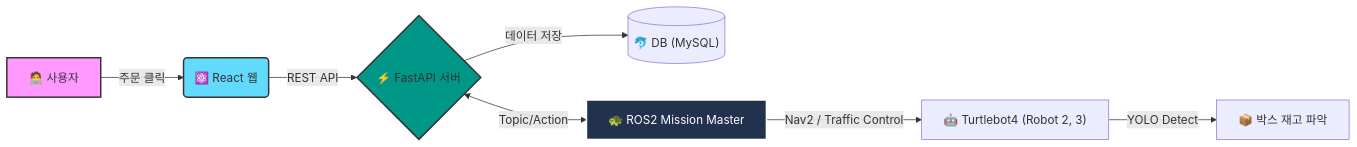
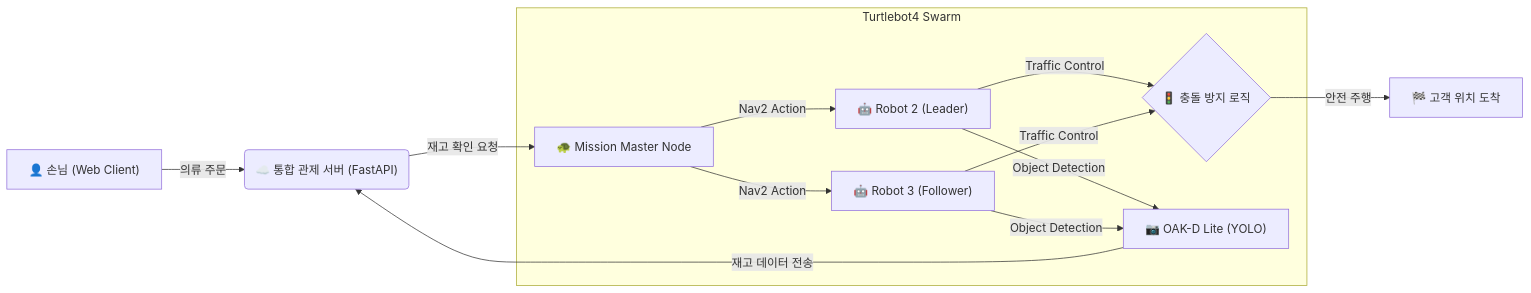
One commit to jejun515/Picker_project changed the diagram in README.md. Above: the diagram before and after it, drawn with Mermaid. The commit also changed other lines of this file, not shown here.

Commit message:
Revise README for Smart Clothing Store System
Updated project title and description to reflect a new focus on an autonomous serving system for a smart clothing store. Revised service scenario and system architecture sections to align with the new project theme.

````diff
--- a/README.md
+++ b/README.md
@@ -20,14 +29,15 @@
 ```mermaid
 graph LR
-    A["🧑‍💻 사용자"] -->|주문 클릭| B("⚛️ React 웹")
-    B -->|"REST API"| C{"⚡ FastAPI 서버"}
-    C -->|"데이터 저장"| D[("🐬 DB (MySQL)")]
-    C <-->|"Topic/Action"| E["🐢 ROS2 Mission Master"]
-    E -->|"Nav2 / Traffic Control"| F["🤖 Turtlebot4 (Robot 2, 3)"]
-    F -->|"YOLO Detect"| G["📦 박스 재고 파악"]
+    A["👤 손님 (Web Client)"] -->|의류 주문| B("☁️ 통합 관제 서버 (FastAPI)")
+    B -->|"재고 확인 요청"| C["🐢 Mission Master Node"]
     
-    style A fill:#f9f,stroke:#333,stroke-width:2px
-    style B fill:#61DAFB,stroke:#333,stroke-width:2px
-    style C fill:#009688,stroke:#333,stroke-width:2px
-    style E fill:#22314E,stroke:#fff,stroke-width:2px,color:#fff
+    subgraph Robot System [Turtlebot4 Swarm]
+        C -->|"Nav2 Action"| D["🤖 Robot 2 (Leader)"]
+        C -->|"Nav2 Action"| E["🤖 Robot 3 (Follower)"]
+        D & E -->|"Traffic Control"| F{"🚦 충돌 방지 로직"}
+        D & E -->|"Object Detection"| G["📷 OAK-D Lite (YOLO)"]
+    end
+
+    G -->|"재고 데이터 전송"| B
+    F -->|"안전 주행"| H["🏁 고객 위치 도착"]
 ```
````
